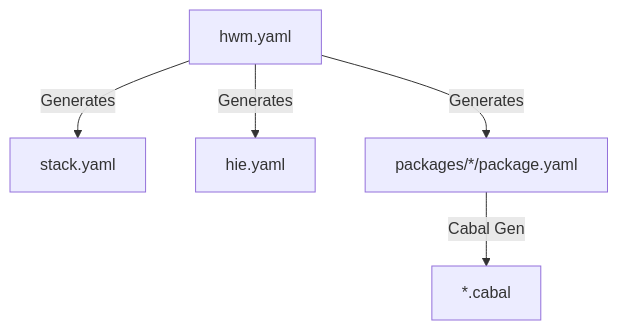
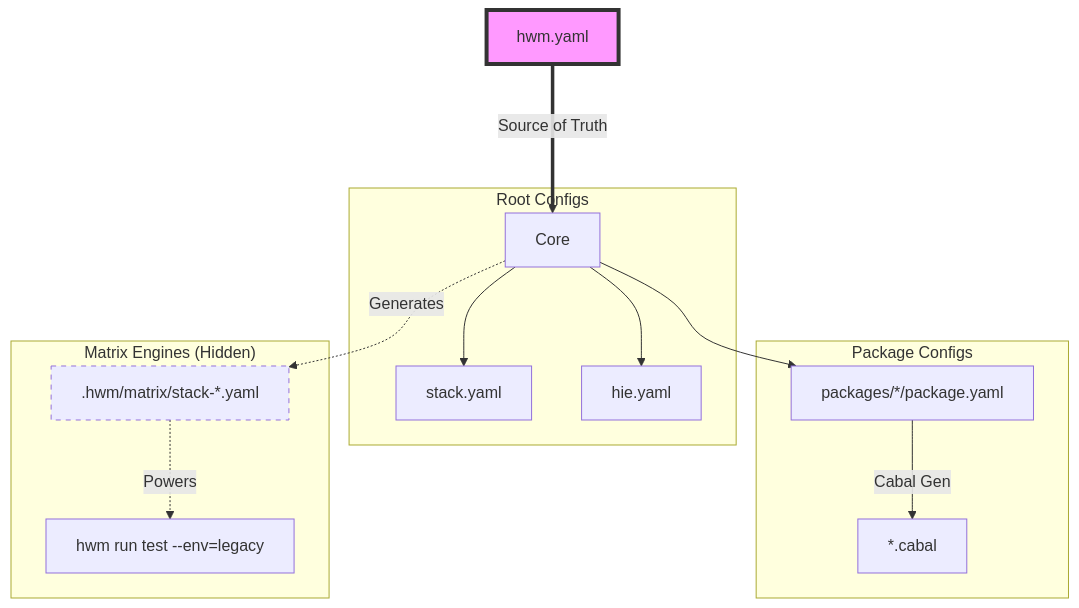
Before and after one commit to nalchevanidze/hwm: the diagram in README.md, drawn with Mermaid. The commit also changed other lines of this file, not shown here.

````diff
--- a/README.md
+++ b/README.md
@@ -43,8 +43,22 @@
 ```mermaid
 graph TD
-    HWM[hwm.yaml] -->|Generates| Stack[stack.yaml]
-    HWM -->|Generates| HIE[hie.yaml]
-    HWM -->|Generates| Pkg[packages/*/package.yaml]
+    HWM[hwm.yaml] ===>|Source of Truth| Core
+    
+    subgraph "Root Configs"
+    Core --> Stack[stack.yaml]
+    Core --> HIE[hie.yaml]
+    end
+
+    subgraph "Package Configs"
+    Core --> Pkg[packages/*/package.yaml]
     Pkg -->|Cabal Gen| Cabal[*.cabal]
+    end
 
+    subgraph "Matrix Engines (Hidden)"
+    Core -.->|Generates| Matrix[".hwm/matrix/stack-*.yaml"]
+    Matrix -.->|Powers| Run["hwm run test --env=legacy"]
+    end
+
+    style HWM fill:#f9f,stroke:#333,stroke-width:4px
+    style Matrix stroke-dasharray: 5 5
 ```
````
